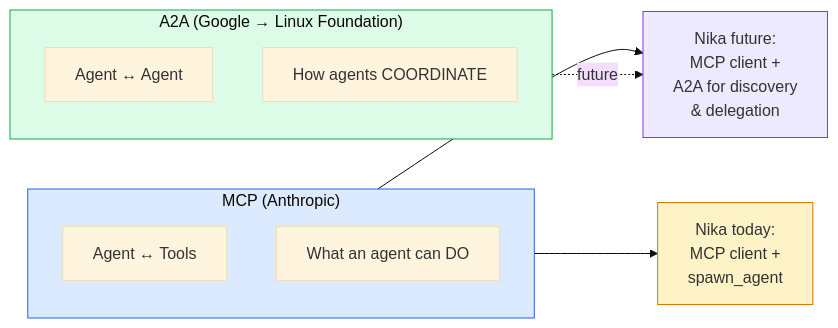
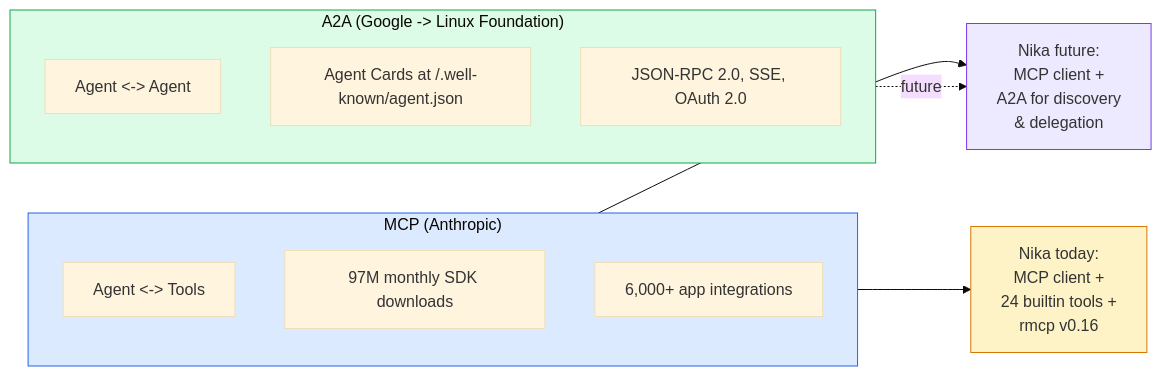
One commit to supernovae-st/nika changed the fifth of 15 diagrams in docs/vision/03-competitive-and-inspiration.md. Above: the diagram before and after it, drawn with Mermaid (base theme). The commit also changed other lines of this file and 5 other files, not shown here.

````diff
--- a/docs/vision/03-competitive-and-inspiration.md
+++ b/docs/vision/03-competitive-and-inspiration.md
@@ -276,26 +422,28 @@
 ```mermaid
 flowchart LR
     subgraph MCP_BOX["MCP (Anthropic)"]
         direction TB
-        M1["Agent ↔ Tools"]
-        M2["What an agent can DO"]
+        M1["Agent <-> Tools"]
+        M2["97M monthly SDK downloads"]
+        M3["6,000+ app integrations"]
     end
 
-    subgraph A2A_BOX["A2A (Google → Linux Foundation)"]
+    subgraph A2A_BOX["A2A (Google -> Linux Foundation)"]
         direction TB
-        A1["Agent ↔ Agent"]
-        A2["How agents COORDINATE"]
+        A1["Agent <-> Agent"]
+        A2["Agent Cards at /.well-known/agent.json"]
+        A3["JSON-RPC 2.0, SSE, OAuth 2.0"]
     end
 
-    NIKA_NOW["Nika today:\nMCP client +\nspawn_agent"]
+    NIKA_NOW["Nika today:\nMCP client +\n24 builtin tools +\nrmcp v0.16"]
     NIKA_FUT["Nika future:\nMCP client +\nA2A for discovery\n& delegation"]
 
     MCP_BOX --> NIKA_NOW
     MCP_BOX --> NIKA_FUT
     A2A_BOX -.->|"future"| NIKA_FUT
 
     style MCP_BOX fill:#dbeafe,stroke:#2563eb
     style A2A_BOX fill:#dcfce7,stroke:#16a34a
     style NIKA_NOW fill:#fef3c7,stroke:#d97706
     style NIKA_FUT fill:#ede9fe,stroke:#7c3aed
 ```
````
